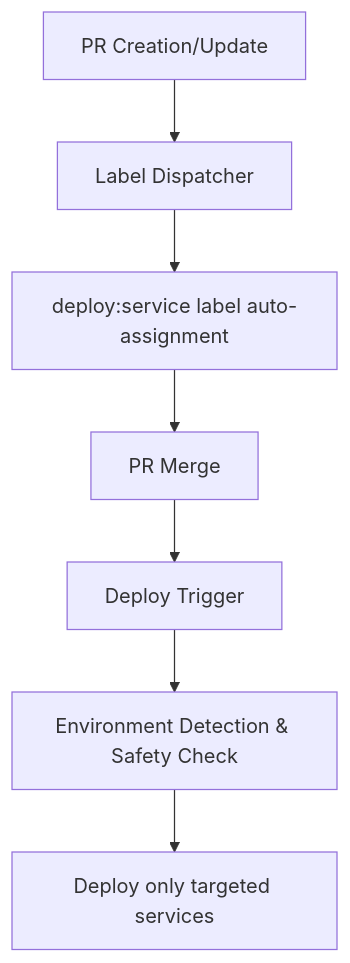
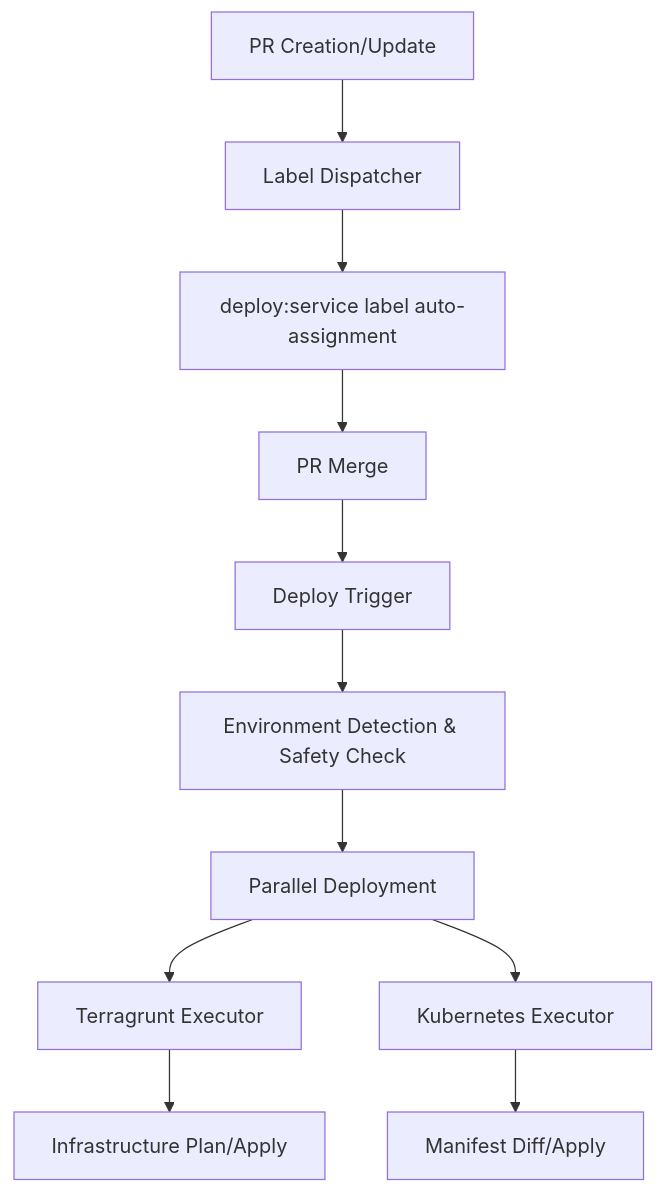
One commit to panicboat/monorepo changed the diagram in README.md. Above: the diagram before and after it, drawn with Mermaid. The commit also changed other lines of this file and 26 other files, not shown here.

````diff
--- a/README.md
+++ b/README.md
@@ -116,9 +87,13 @@
 ```mermaid
 graph TD
     A[PR Creation/Update] --> B[Label Dispatcher]
     B --> C[deploy:service label auto-assignment]
     C --> D[PR Merge]
     D --> E[Deploy Trigger]
     E --> F[Environment Detection & Safety Check]
-    F --> G[Deploy only targeted services]
+    F --> G[Parallel Deployment]
+    G --> H[Terragrunt Executor]
+    G --> I[Kubernetes Executor]
+    H --> J[Infrastructure Plan/Apply]
+    I --> K[Manifest Diff/Apply]
 ```
````
